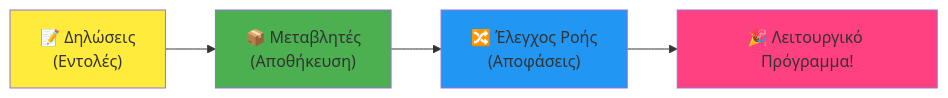
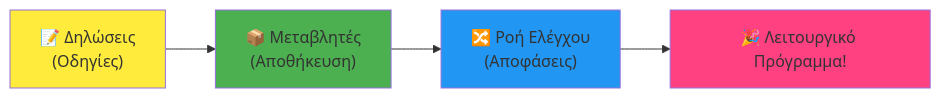
Before and after one commit to microsoft/Web-Dev-For-Beginners: the fourth of 7 diagrams in translations/el/1-getting-started-lessons/1-intro-to-programming-languages/README.md, drawn with Mermaid. The commit also changed other lines of this file and 11 other files, not shown here.

````diff
--- a/translations/el/1-getting-started-lessons/1-intro-to-programming-languages/README.md
+++ b/translations/el/1-getting-started-lessons/1-intro-to-programming-languages/README.md
@@ -465,9 +467,9 @@
 ```mermaid
 flowchart LR
-    A["📝 Δηλώσεις<br/>(Εντολές)"] --> B["📦 Μεταβλητές<br/>(Αποθήκευση)"] --> C["🔀 Έλεγχος Ροής<br/>(Αποφάσεις)"] --> D["🎉 Λειτουργικό Πρόγραμμα!"]
+    A["📝 Δηλώσεις<br/>(Οδηγίες)"] --> B["📦 Μεταβλητές<br/>(Αποθήκευση)"] --> C["🔀 Ροή Ελέγχου<br/>(Αποφάσεις)"] --> D["🎉 Λειτουργικό Πρόγραμμα!"]
     
     style A fill:#ffeb3b
     style B fill:#4caf50
     style C fill:#2196f3
     style D fill:#ff4081
-```  
+```
````
